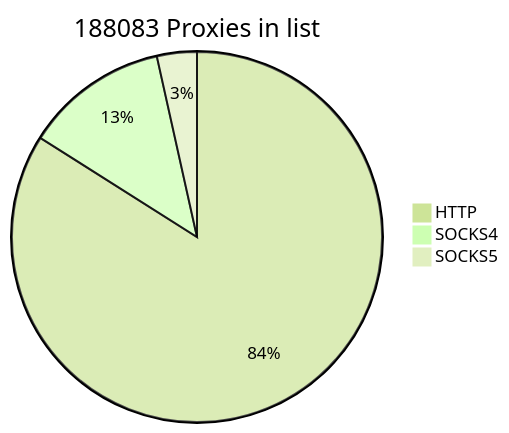
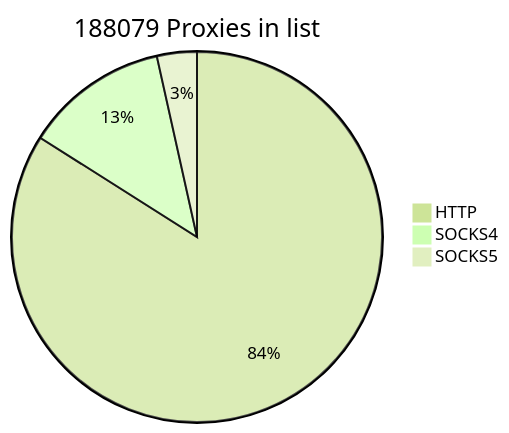
Before and after one commit to cutipu/proxylist: the first of 2 diagrams in README.md, drawn with Mermaid (forest theme). The commit also changed other lines of this file, not shown here.

````diff
--- a/README.md
+++ b/README.md
@@ -2,7 +2,7 @@
 ```mermaid
-pie title 188083 Proxies in list
-    "HTTP" : 157951
-    "SOCKS4" : 23582
-    "SOCKS5" : 6550
+pie title 188079 Proxies in list
+    "HTTP" : 157952
+    "SOCKS4" : 23580
+    "SOCKS5" : 6547
             
 ```
````
